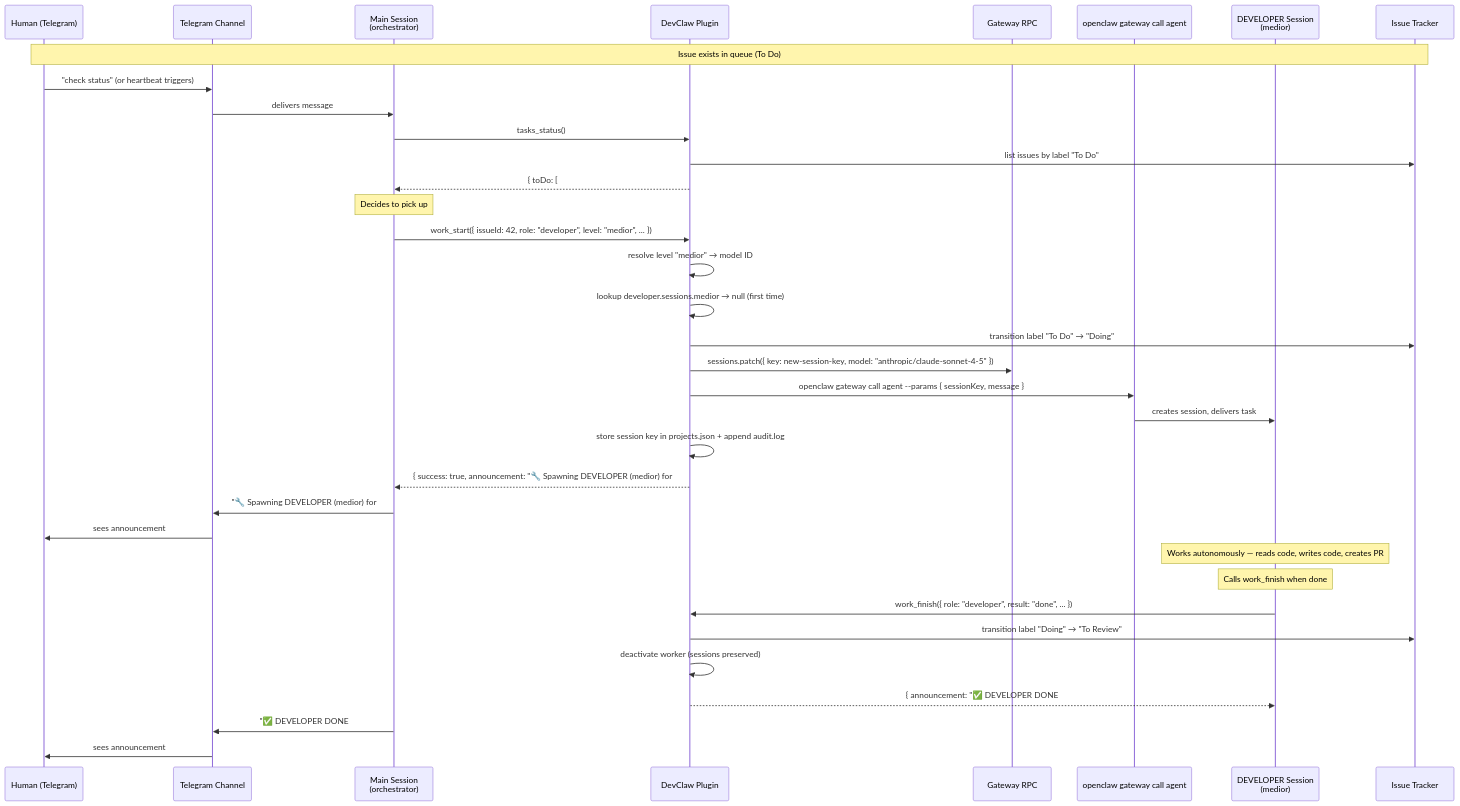
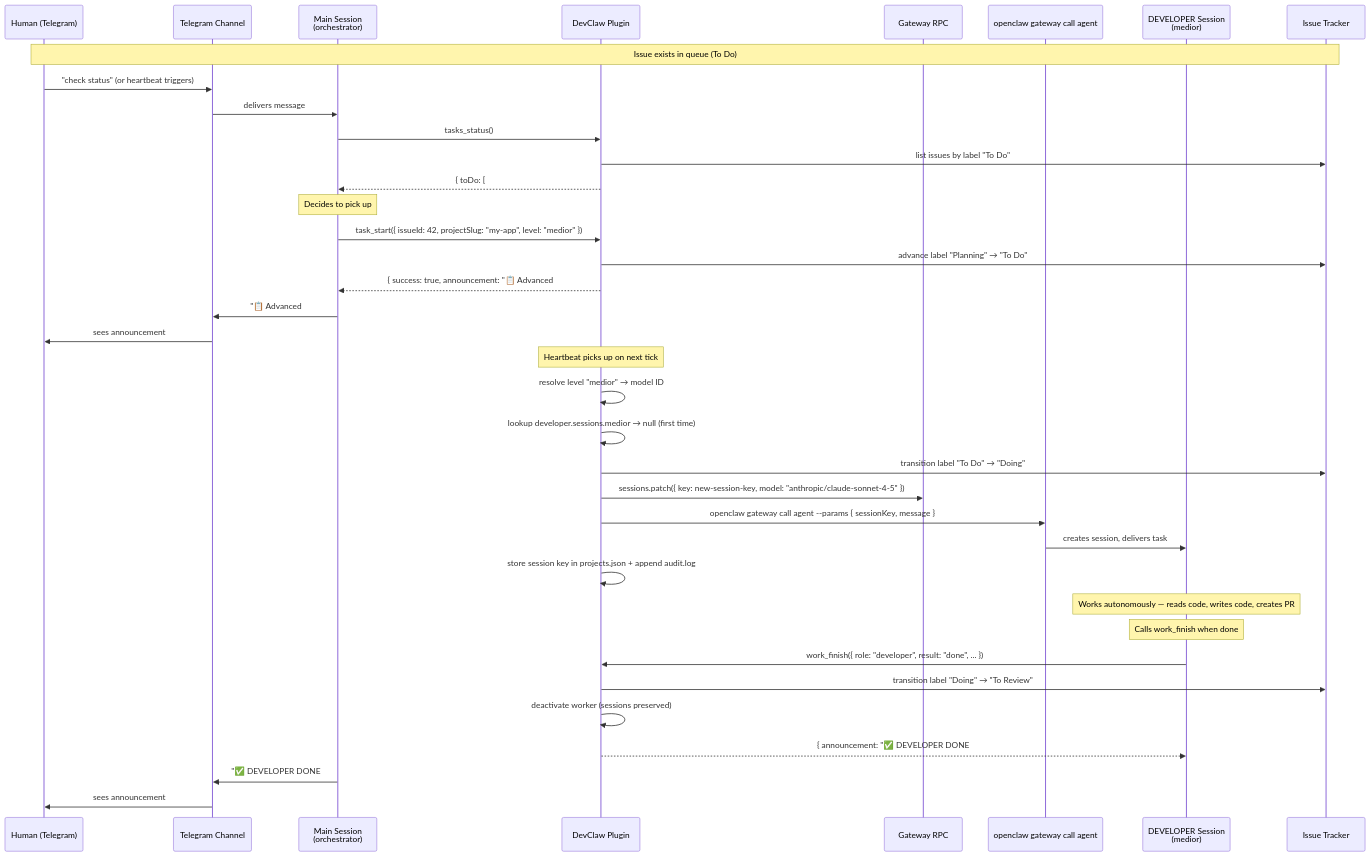
Before and after one commit to laurentenhoor/devclaw: the fourth of 13 diagrams in docs/ARCHITECTURE.md, drawn with Mermaid. The commit also changed other lines of this file and 29 other files, not shown here.

````diff
--- a/docs/ARCHITECTURE.md
+++ b/docs/ARCHITECTURE.md
@@ -227,45 +228,48 @@
 ```mermaid
 sequenceDiagram
     participant H as Human (Telegram)
     participant TG as Telegram Channel
     participant MS as Main Session<br/>(orchestrator)
     participant DC as DevClaw Plugin
     participant GW as Gateway RPC
     participant CLI as openclaw gateway call agent
     participant DEV as DEVELOPER Session<br/>(medior)
     participant GL as Issue Tracker
 
     Note over H,GL: Issue exists in queue (To Do)
 
     H->>TG: "check status" (or heartbeat triggers)
     TG->>MS: delivers message
     MS->>DC: tasks_status()
     DC->>GL: list issues by label "To Do"
     DC-->>MS: { toDo: [#42], developer: idle }
 
     Note over MS: Decides to pick up #42 for DEVELOPER as medior
 
-    MS->>DC: work_start({ issueId: 42, role: "developer", level: "medior", ... })
+    MS->>DC: task_start({ issueId: 42, projectSlug: "my-app", level: "medior" })
+    DC->>GL: advance label "Planning" → "To Do"
+    DC-->>MS: { success: true, announcement: "📋 Advanced #42 to queue" }
+
+    MS->>TG: "📋 Advanced #42 to queue (medior)"
+    TG->>H: sees announcement
+
+    Note over DC: Heartbeat picks up on next tick
     DC->>DC: resolve level "medior" → model ID
     DC->>DC: lookup developer.sessions.medior → null (first time)
     DC->>GL: transition label "To Do" → "Doing"
     DC->>GW: sessions.patch({ key: new-session-key, model: "anthropic/claude-sonnet-4-5" })
     DC->>CLI: openclaw gateway call agent --params { sessionKey, message }
     CLI->>DEV: creates session, delivers task
     DC->>DC: store session key in projects.json + append audit.log
-    DC-->>MS: { success: true, announcement: "🔧 Spawning DEVELOPER (medior) for #42" }
-
-    MS->>TG: "🔧 Spawning DEVELOPER (medior) for #42: Add login page"
-    TG->>H: sees announcement
 
     Note over DEV: Works autonomously — reads code, writes code, creates PR
     Note over DEV: Calls work_finish when done
 
     DEV->>DC: work_finish({ role: "developer", result: "done", ... })
     DC->>GL: transition label "Doing" → "To Review"
     DC->>DC: deactivate worker (sessions preserved)
     DC-->>DEV: { announcement: "✅ DEVELOPER DONE #42" }
 
     MS->>TG: "✅ DEVELOPER DONE #42 — moved to review queue"
     TG->>H: sees announcement
 ```
````
